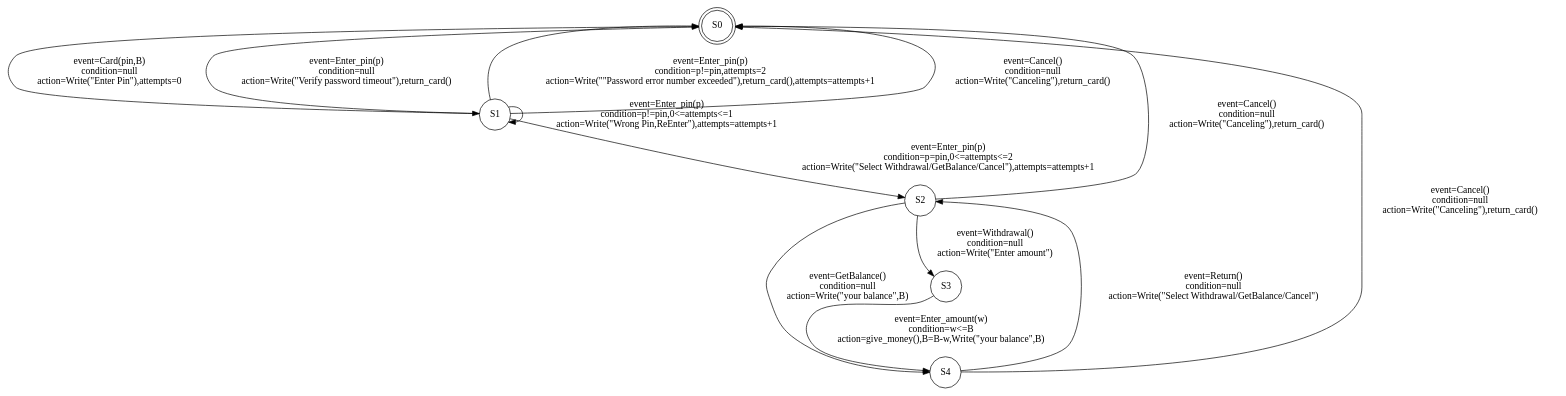
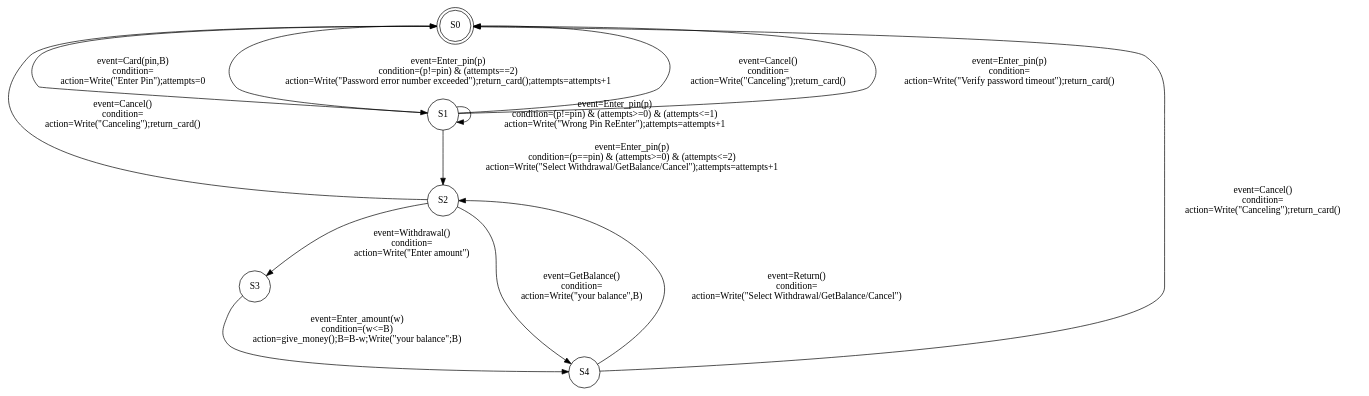
Before and after one commit to Catxiaobai/project: the diagram in server/file/efsm1.gv, drawn with Graphviz. The commit also changed 139 other files, not shown here.

```diff
--- a/server/file/efsm1.gv
+++ b/server/file/efsm1.gv
@@ -1,41 +1,41 @@
 digraph "digraph g" {
 	node [shape=doublecircle]
 	S0
 	node [shape=circle]
+	S2 -> S3 [label="event=Withdrawal()
+condition=
+action=Write(\"Enter amount\")"]
+	S2 -> S4 [label="event=GetBalance()
+condition=
+action=Write(\"your balance\",B)"]
 	S1 -> S0 [label="event=Enter_pin(p)
-condition=null
-action=Write(\"Verify password timeout\"),return_card()"]
-	S2 -> S4 [label="event=GetBalance()
-condition=null
-action=Write(\"your balance\",B)"]
-	S2 -> S3 [label="event=Withdrawal()
-condition=null
-action=Write(\"Enter amount\")"]
+condition=(p!=pin) & (attempts==2)
+action=Write(\"Password error number exceeded\");return_card();attempts=attempts+1"]
+	S2 -> S0 [label="event=Cancel()
+condition=
+action=Write(\"Canceling\");return_card()"]
+	S1 -> S0 [label="event=Cancel()
+condition=
+action=Write(\"Canceling\");return_card()"]
+	S1 -> S0 [label="event=Enter_pin(p)
+condition=
+action=Write(\"Verify password timeout\");return_card()"]
+	S4 -> S0 [label="event=Cancel()
+condition=
+action=Write(\"Canceling\");return_card()"]
+	S4 -> S2 [label="event=Return()
+condition=
+action=Write(\"Select Withdrawal/GetBalance/Cancel\")"]
 	S0 -> S1 [label="event=Card(pin,B)
-condition=null
-action=Write(\"Enter Pin\"),attempts=0"]
-	S1 -> S0 [label="event=Enter_pin(p)
-condition=p!=pin,attempts=2
-action=Write(\"\"Password error number exceeded\"),return_card(),attempts=attempts+1"]
+condition=
+action=Write(\"Enter Pin\");attempts=0"]
 	S3 -> S4 [label="event=Enter_amount(w)
-condition=w<=B
-action=give_money(),B=B-w,Write(\"your balance\",B)"]
-	S4 -> S2 [label="event=Return()
-condition=null
-action=Write(\"Select Withdrawal/GetBalance/Cancel\")"]
-	S2 -> S0 [label="event=Cancel()
-condition=null
-action=Write(\"Canceling\"),return_card()"]
-	S4 -> S0 [label="event=Cancel()
-condition=null
-action=Write(\"Canceling\"),return_card()"]
-	S1 -> S0 [label="event=Cancel()
-condition=null
-action=Write(\"Canceling\"),return_card()"]
+condition=(w<=B)
+action=give_money();B=B-w;Write(\"your balance\";B)"]
+	S1 -> S2 [label="event=Enter_pin(p)
+condition=(p==pin) & (attempts>=0) & (attempts<=2)
+action=Write(\"Select Withdrawal/GetBalance/Cancel\");attempts=attempts+1"]
 	S1 -> S1 [label="event=Enter_pin(p)
-condition=p!=pin,0<=attempts<=1
-action=Write(\"Wrong Pin,ReEnter\"),attempts=attempts+1"]
-	S1 -> S2 [label="event=Enter_pin(p)
-condition=p=pin,0<=attempts<=2
-action=Write(\"Select Withdrawal/GetBalance/Cancel\"),attempts=attempts+1"]
+condition=(p!=pin) & (attempts>=0) & (attempts<=1)
+action=Write(\"Wrong Pin ReEnter\");attempts=attempts+1"]
 }
```
